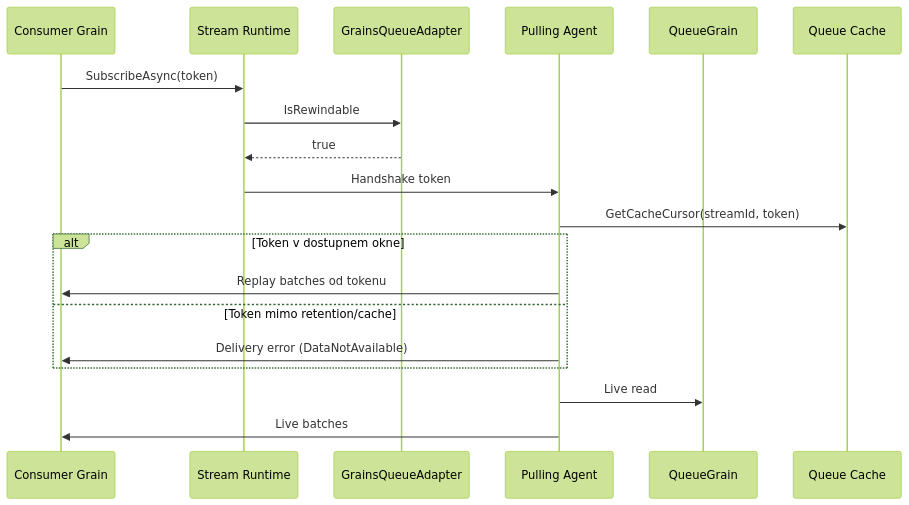
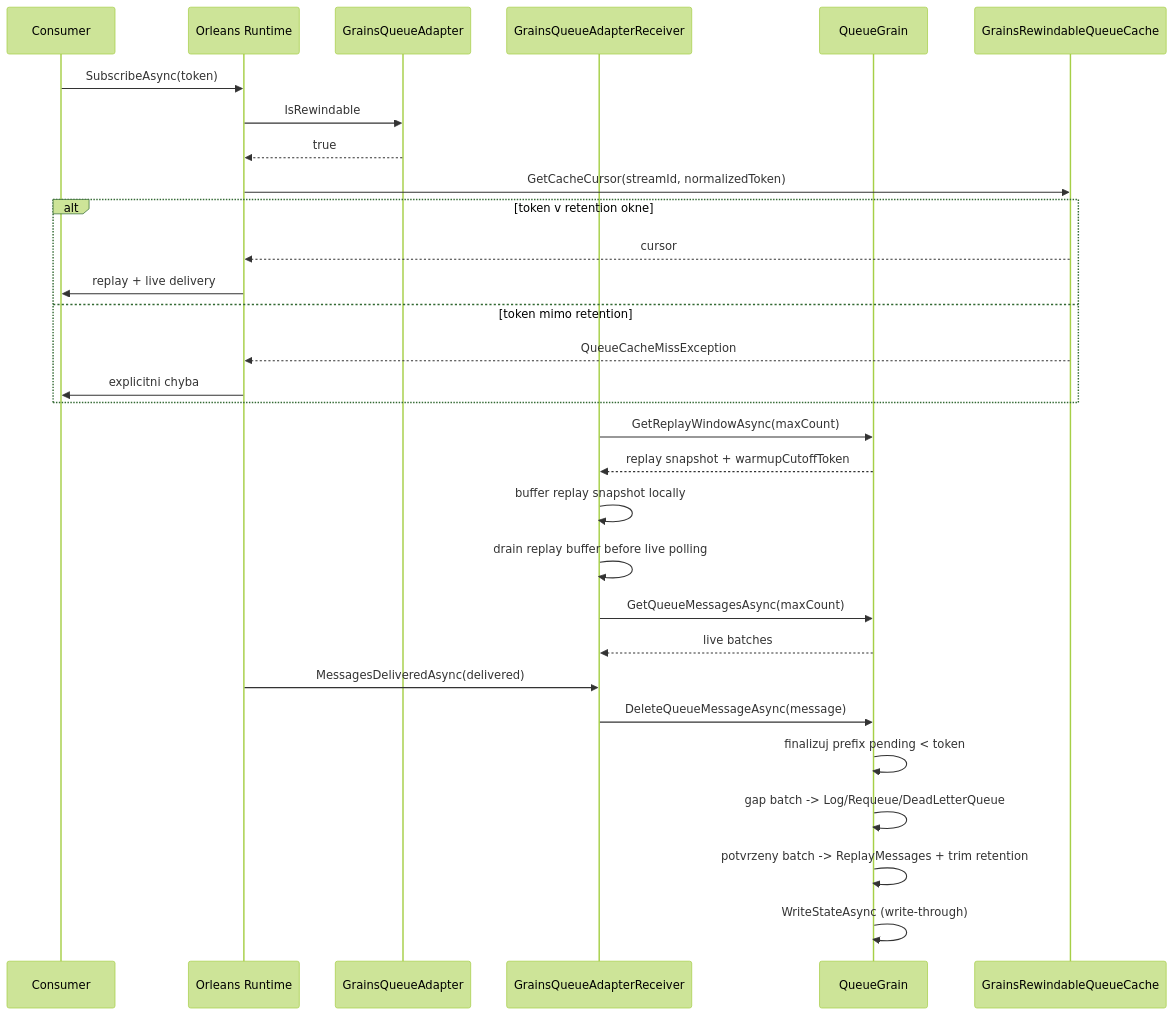
The diagram in memory-bank/proposals/active/proposal_rewindable_stream_provider.md (janmatejka/Orleans.Streams.Grains), drawn with Mermaid (forest theme) before and after one commit. The commit also changed other lines of this file, not shown here.

First line of the commit message:
rewindable: vycisti proposal pro plny rewind

````diff
--- a/memory-bank/proposals/active/proposal_rewindable_stream_provider.md
+++ b/memory-bank/proposals/active/proposal_rewindable_stream_provider.md
@@ -57,22 +53,34 @@
 ```mermaid
 sequenceDiagram
-    participant C as Consumer Grain
-    participant R as Stream Runtime
+    participant C as Consumer
+    participant RT as Orleans Runtime
     participant A as GrainsQueueAdapter
-    participant P as Pulling Agent
+    participant R as GrainsQueueAdapterReceiver
     participant Q as QueueGrain
-    participant Cache as Queue Cache
+    participant QC as GrainsRewindableQueueCache
 
-    C->>R: SubscribeAsync(token)
-    R->>A: IsRewindable
-    A-->>R: true
-    R->>P: Handshake token
-    P->>Cache: GetCacheCursor(streamId, token)
-    alt Token v dostupnem okne
-        P->>C: Replay batches od tokenu
-    else Token mimo retention/cache
-        P->>C: Delivery error (DataNotAvailable)
+    C->>RT: SubscribeAsync(token)
+    RT->>A: IsRewindable
+    A-->>RT: true
+    RT->>QC: GetCacheCursor(streamId, normalizedToken)
+    alt token v retention okne
+        QC-->>RT: cursor
+        RT->>C: replay + live delivery
+    else token mimo retention
+        QC-->>RT: QueueCacheMissException
+        RT->>C: explicitni chyba
     end
-    P->>Q: Live read
-    P->>C: Live batches
+
+    R->>Q: GetReplayWindowAsync(maxCount)
+    Q-->>R: replay snapshot + warmupCutoffToken
+    R->>R: buffer replay snapshot locally
+    R->>R: drain replay buffer before live polling
+    R->>Q: GetQueueMessagesAsync(maxCount)
+    Q-->>R: live batches
+    RT->>R: MessagesDeliveredAsync(delivered)
+    R->>Q: DeleteQueueMessageAsync(message)
+    Q->>Q: finalizuj prefix pending < token
+    Q->>Q: gap batch -> Log/Requeue/DeadLetterQueue
+    Q->>Q: potvrzeny batch -> ReplayMessages + trim retention
+    Q->>Q: WriteStateAsync (write-through)
 ```
````
